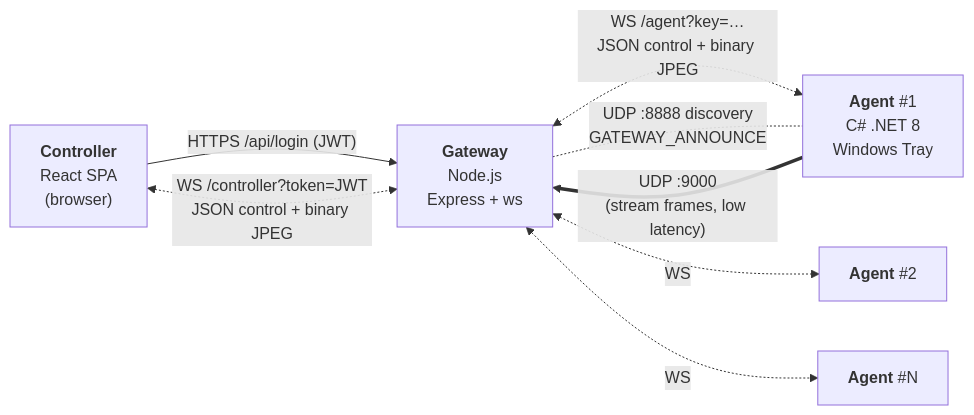
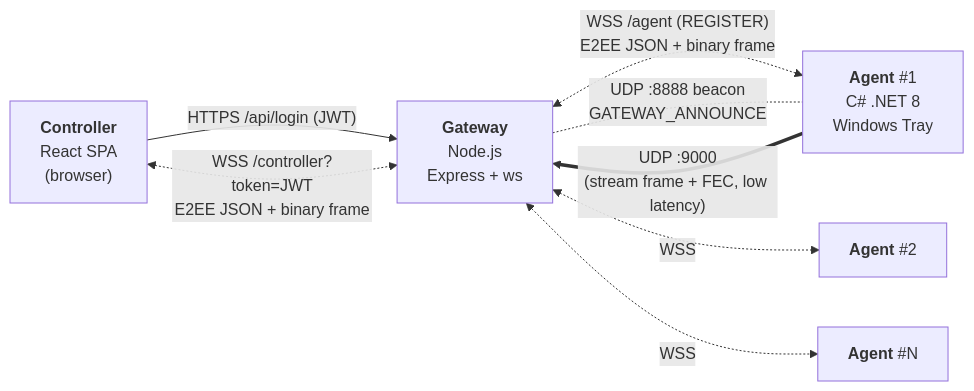
One commit to HCMUS-computer-networking/remote-computer-control changed the diagram in ARCHITECTURE.md. Above: the diagram before and after it, drawn with Mermaid. The commit also changed other lines of this file and 1 other file, not shown here.

First line of the commit message:
docs(repo): cap nhat Architecture.md va README.md theo trang thai hien tai

````diff
--- a/ARCHITECTURE.md
+++ b/ARCHITECTURE.md
@@ -9,16 +9,16 @@
 ```mermaid
 graph LR
     Controller["<b>Controller</b><br/>React SPA<br/>(browser)"]
     Gateway["<b>Gateway</b><br/>Node.js<br/>Express + ws"]
     Agent1["<b>Agent</b> #1<br/>C# .NET 8<br/>Windows Tray"]
     Agent2["<b>Agent</b> #2"]
     AgentN["<b>Agent</b> #N"]
 
     Controller -- "HTTPS /api/login (JWT)" --> Gateway
-    Controller <-. "WS /controller?token=JWT<br/>JSON control + binary JPEG" .-> Gateway
-    Gateway <-. "WS /agent?key=…<br/>JSON control + binary JPEG" .-> Agent1
-    Gateway <-. WS .-> Agent2
-    Gateway <-. WS .-> AgentN
-    Agent1 == "UDP :9000<br/>(stream frames, low latency)" ==> Gateway
-    Gateway -. "UDP :8888 discovery<br/>GATEWAY_ANNOUNCE" .- Agent1
+    Controller <-. "WSS /controller?token=JWT<br/>E2EE JSON + binary frame" .-> Gateway
+    Gateway <-. "WSS /agent (REGISTER)<br/>E2EE JSON + binary frame" .-> Agent1
+    Gateway <-. WSS .-> Agent2
+    Gateway <-. WSS .-> AgentN
+    Agent1 == "UDP :9000<br/>(stream frame + FEC, low latency)" ==> Gateway
+    Gateway -. "UDP :8888 beacon<br/>GATEWAY_ANNOUNCE" .- Agent1
 ```
````
